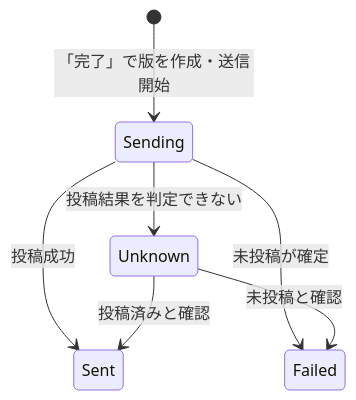
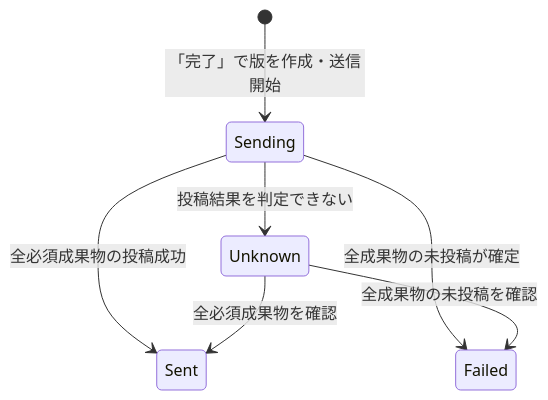
Before and after one commit to nto300002/kiiya-cleaning-checker: the second of 4 diagrams in docs/state-transitions.md, drawn with Mermaid. The commit also changed other lines of this file and 9 other files, not shown here.

````diff
--- a/docs/state-transitions.md
+++ b/docs/state-transitions.md
@@ -95,9 +99,9 @@
 ```mermaid
 stateDiagram-v2
     [*] --> Sending: 「完了」で版を作成・送信開始
-    Sending --> Sent: 投稿成功
-    Sending --> Failed: 未投稿が確定
+    Sending --> Sent: 全必須成果物の投稿成功
+    Sending --> Failed: 全成果物の未投稿が確定
     Sending --> Unknown: 投稿結果を判定できない
-    Unknown --> Sent: 投稿済みと確認
-    Unknown --> Failed: 未投稿と確認
+    Unknown --> Sent: 全必須成果物を確認
+    Unknown --> Failed: 全成果物の未投稿を確認
 ```
````
